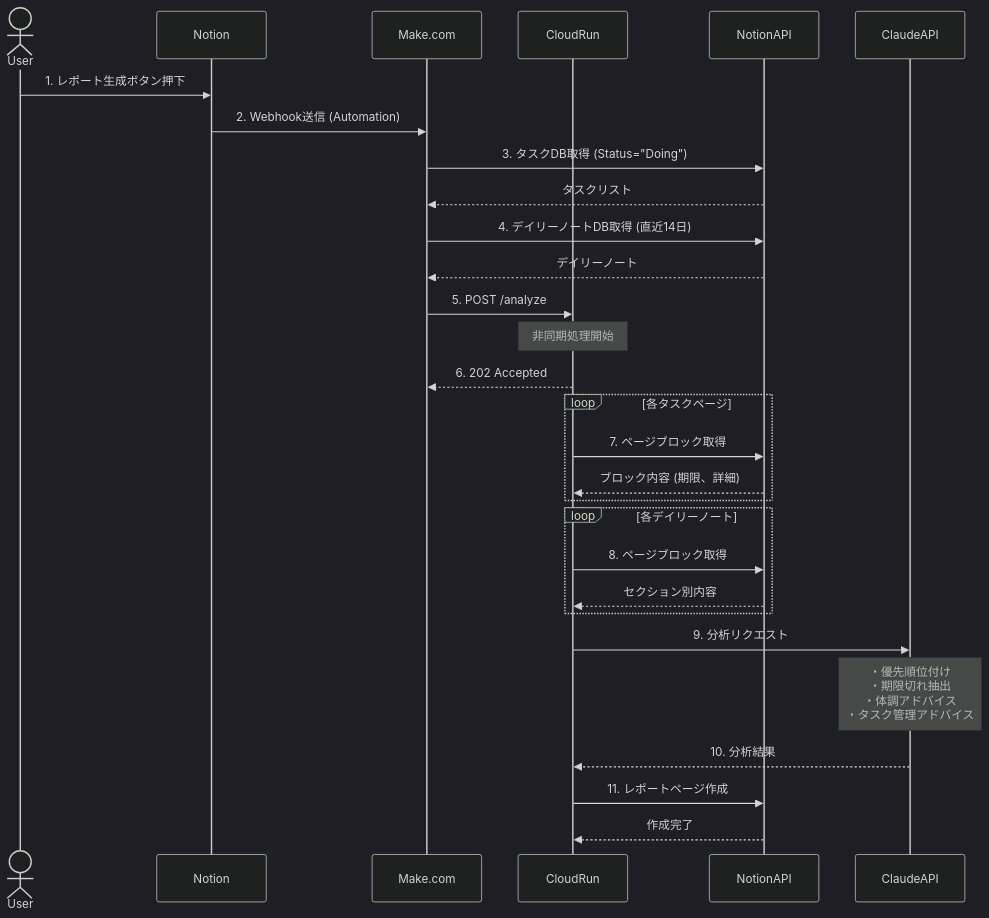
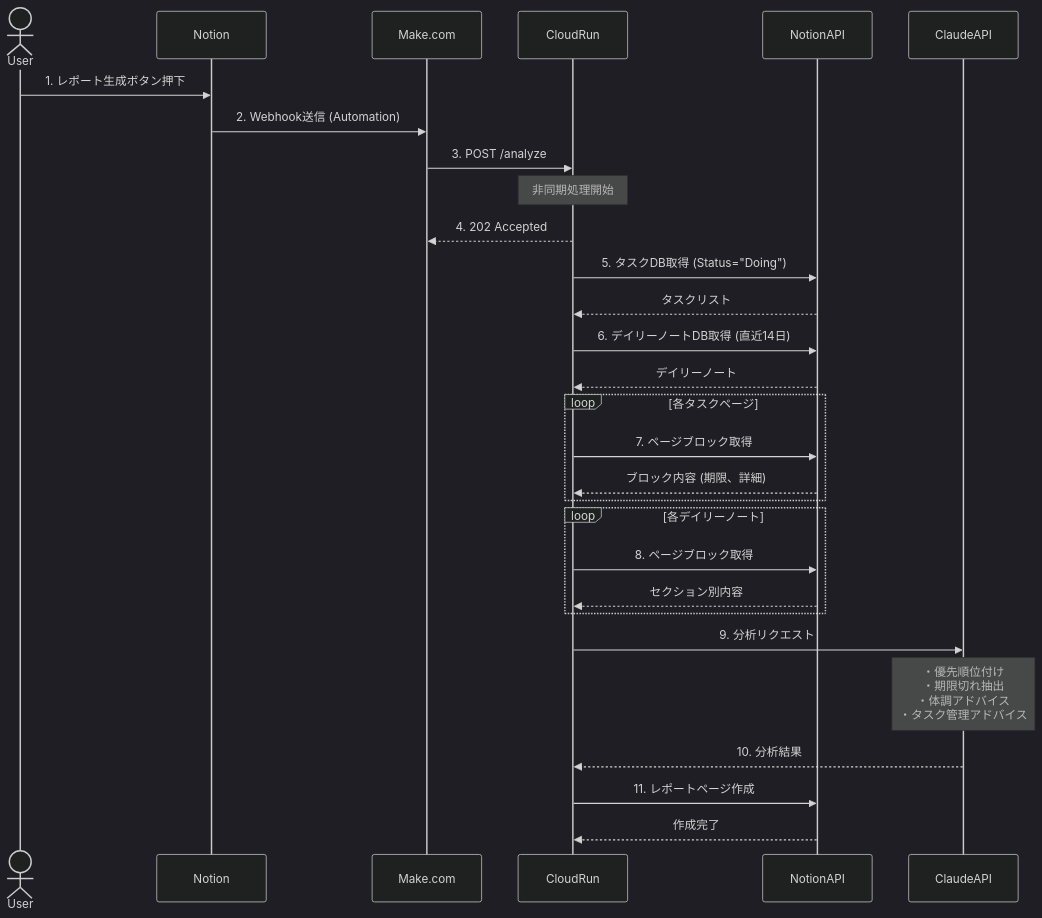
One commit to matsushun1/task-analyzer changed the second of 7 diagrams in docs/architecture.md. Above: the diagram before and after it, drawn with Mermaid (dark theme). The commit also changed other lines of this file and 1 other file, not shown here.

Commit message:
仕様修正

````diff
--- a/docs/architecture.md
+++ b/docs/architecture.md
@@ -55,39 +55,39 @@
 ```mermaid
 sequenceDiagram
     actor User
     participant Notion
     participant Make.com
     participant CloudRun
     participant NotionAPI
     participant ClaudeAPI
 
     User->>Notion: 1. レポート生成ボタン押下
     Notion->>Make.com: 2. Webhook送信 (Automation)
 
-    Make.com->>NotionAPI: 3. タスクDB取得 (Status="Doing")
-    NotionAPI-->>Make.com: タスクリスト
+    Make.com->>CloudRun: 3. POST /analyze
+    Note over CloudRun: 非同期処理開始
+    CloudRun-->>Make.com: 4. 202 Accepted
 
-    Make.com->>NotionAPI: 4. デイリーノートDB取得 (直近14日)
-    NotionAPI-->>Make.com: デイリーノート
+    CloudRun->>NotionAPI: 5. タスクDB取得 (Status="Doing")
+    NotionAPI-->>CloudRun: タスクリスト
 
-    Make.com->>CloudRun: 5. POST /analyze
-    Note over CloudRun: 非同期処理開始
-    CloudRun-->>Make.com: 6. 202 Accepted
+    CloudRun->>NotionAPI: 6. デイリーノートDB取得 (直近14日)
+    NotionAPI-->>CloudRun: デイリーノート
 
     loop 各タスクページ
         CloudRun->>NotionAPI: 7. ページブロック取得
         NotionAPI-->>CloudRun: ブロック内容 (期限、詳細)
     end
 
     loop 各デイリーノート
         CloudRun->>NotionAPI: 8. ページブロック取得
         NotionAPI-->>CloudRun: セクション別内容
     end
 
     CloudRun->>ClaudeAPI: 9. 分析リクエスト
     Note over ClaudeAPI: ・優先順位付け<br/>・期限切れ抽出<br/>・体調アドバイス<br/>・タスク管理アドバイス
     ClaudeAPI-->>CloudRun: 10. 分析結果
 
     CloudRun->>NotionAPI: 11. レポートページ作成
     NotionAPI-->>CloudRun: 作成完了
 ```
````
